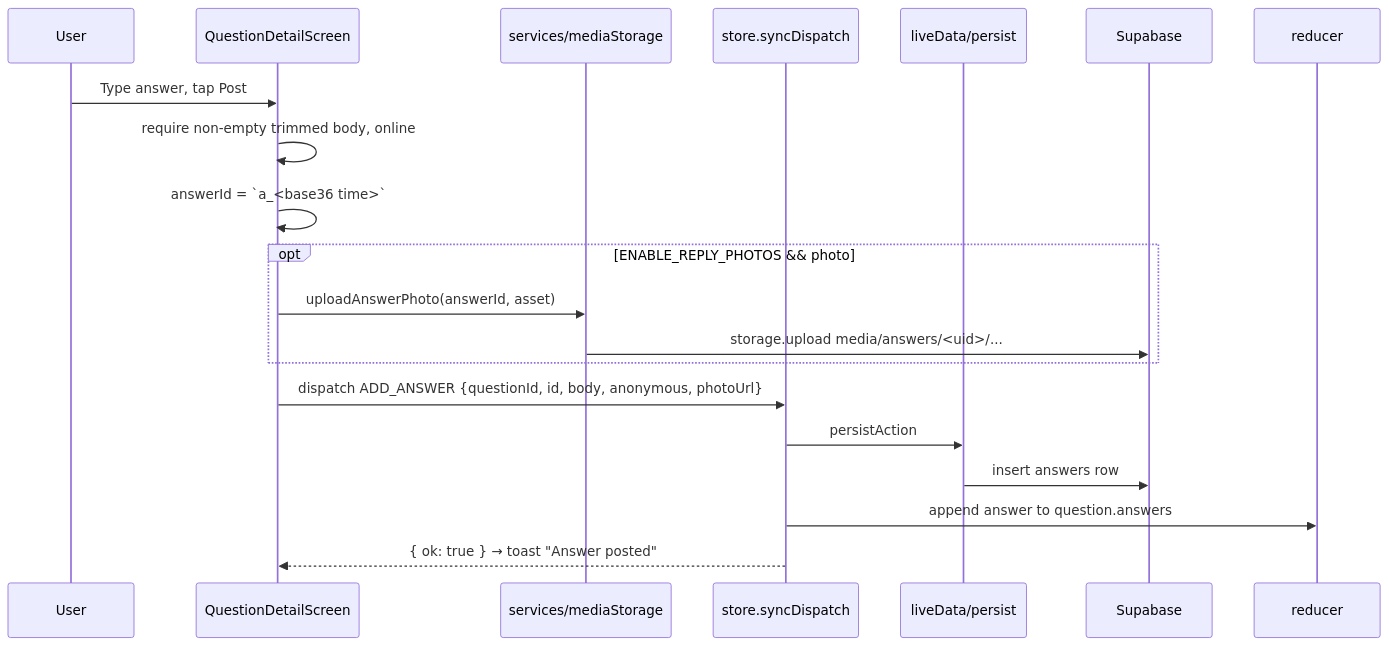
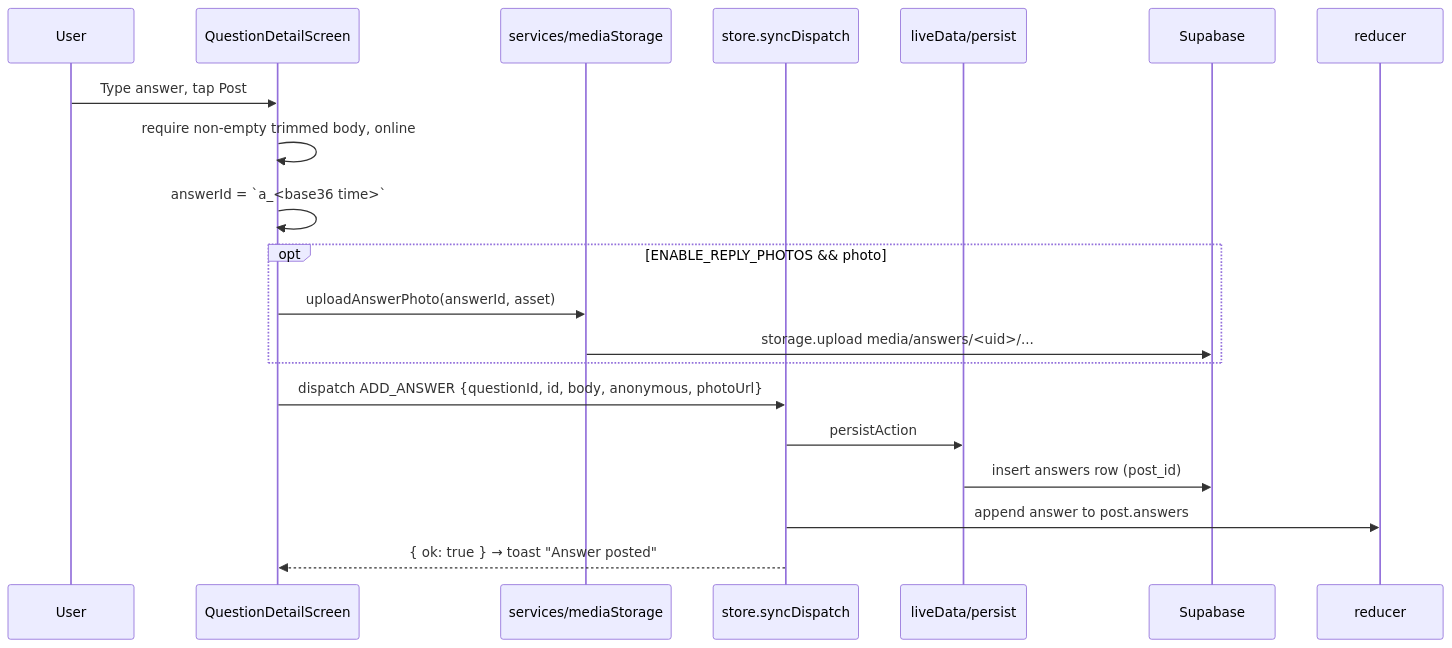
The third of 4 diagrams in docs/APP_MAP.md (Chautari20/chautari), drawn with Mermaid before and after one commit. The commit also changed other lines of this file and 32 other files, not shown here.

First line of the commit message:
Rename questions to posts across app copy, Supabase schema (014) and docs; fix replies by applying 010

````diff
--- a/docs/APP_MAP.md
+++ b/docs/APP_MAP.md
@@ -424,22 +426,22 @@
 ```mermaid
 sequenceDiagram
   participant U as User
   participant QD as QuestionDetailScreen
   participant MS as services/mediaStorage
   participant SD as store.syncDispatch
   participant PA as liveData/persist
   participant SB as Supabase
   participant R as reducer
   U->>QD: Type answer, tap Post
   QD->>QD: require non-empty trimmed body, online
   QD->>QD: answerId = `a_<base36 time>`
   opt ENABLE_REPLY_PHOTOS && photo
     QD->>MS: uploadAnswerPhoto(answerId, asset)
     MS->>SB: storage.upload media/answers/<uid>/...
   end
   QD->>SD: dispatch ADD_ANSWER {questionId, id, body, anonymous, photoUrl}
   SD->>PA: persistAction
-  PA->>SB: insert answers row
-  SD->>R: append answer to question.answers
+  PA->>SB: insert answers row (post_id)
+  SD->>R: append answer to post.answers
   SD-->>QD: { ok: true } → toast "Answer posted"
 ```
````
